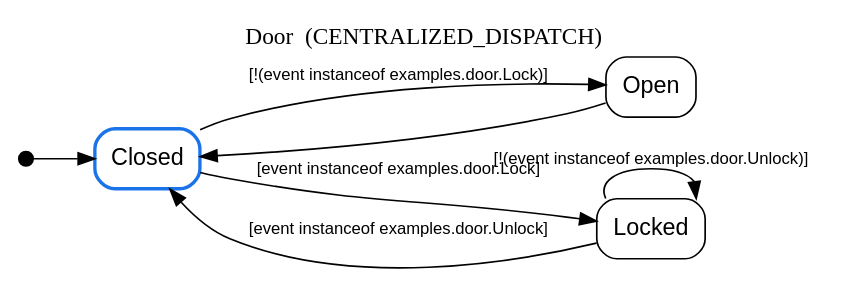
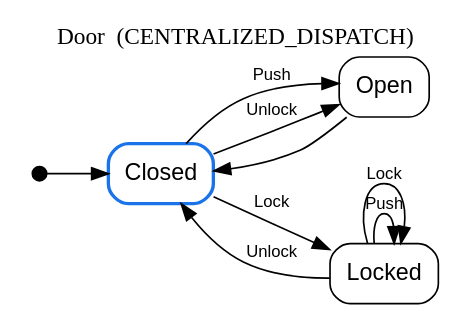
Before and after one commit to SarvarTulkunov/sealfsm: the diagram in sample-output/Door.dot, drawn with Graphviz. The commit also changed 13 other files, not shown here.

```diff
--- a/sample-output/Door.dot
+++ b/sample-output/Door.dot
@@ -1,20 +1,22 @@
 digraph "Door" {
   rankdir=LR;
   labelloc="t";
   label="Door  (CENTRALIZED_DISPATCH)";
   node [shape=rectangle, style=rounded, fontname="Helvetica"];
   edge [fontname="Helvetica", fontsize=10];
 
   __start [shape=point, width=0.12, label=""];
   __start -> "Closed";
 
   "Open";
   "Closed" [penwidth=2, color="#1a73e8"];
   "Locked";
 
-  "Closed" -> "Locked" [label="[event instanceof examples.door.Lock]"];
-  "Closed" -> "Open" [label="[!(event instanceof examples.door.Lock)]"];
+  "Closed" -> "Locked" [label="Lock"];
+  "Closed" -> "Open" [label="Push"];
+  "Closed" -> "Open" [label="Unlock"];
   "Open" -> "Closed";
-  "Locked" -> "Closed" [label="[event instanceof examples.door.Unlock]"];
-  "Locked" -> "Locked" [label="[!(event instanceof examples.door.Unlock)]"];
+  "Locked" -> "Closed" [label="Unlock"];
+  "Locked" -> "Locked" [label="Push"];
+  "Locked" -> "Locked" [label="Lock"];
 }
```
